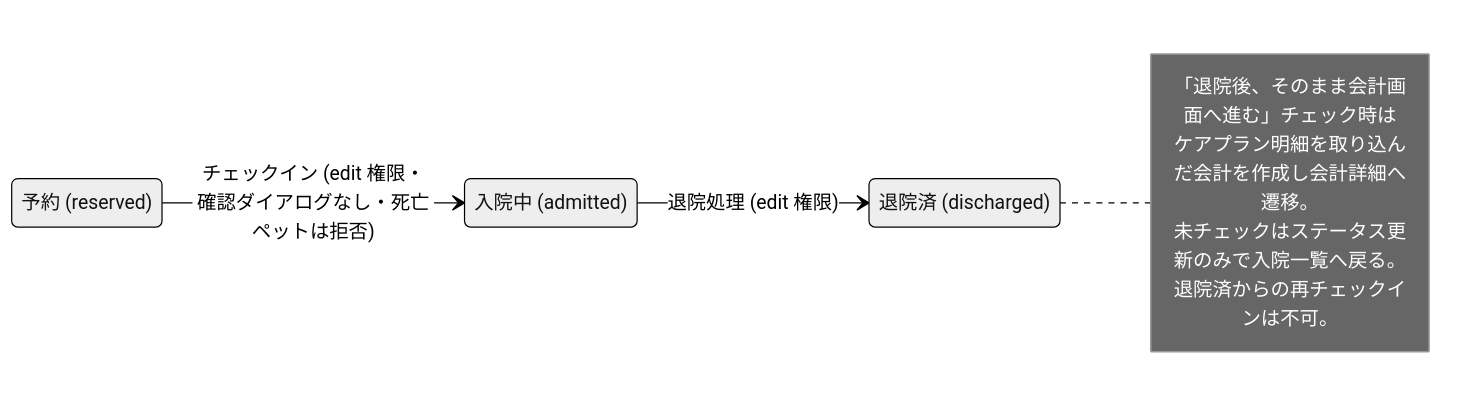
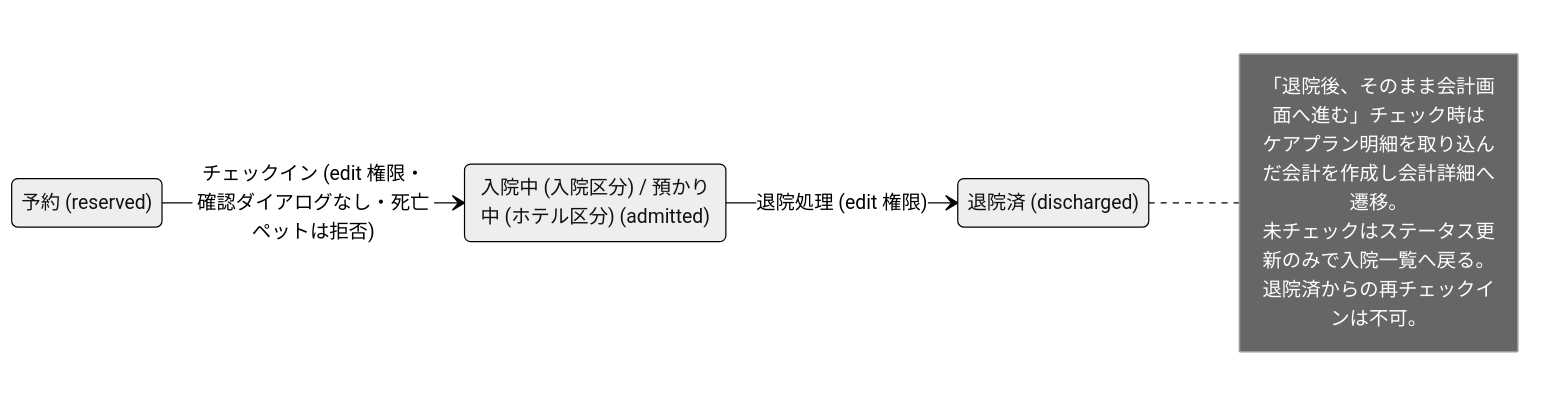
One commit to MinoruSoga/AnimalEkarte changed the diagram in docs/spec/screens/08-hospitalization-detail.md. Above: the diagram before and after it, drawn with Mermaid (neutral theme). The commit also changed other lines of this file and 3 other files, not shown here.

````diff
--- a/docs/spec/screens/08-hospitalization-detail.md
+++ b/docs/spec/screens/08-hospitalization-detail.md
@@ -64,16 +65,16 @@
 ```mermaid
 stateDiagram-v2
     direction LR
     state "予約 (reserved)" as R
-    state "入院中 (admitted)" as A
+    state "入院中 (入院区分) / 預かり中 (ホテル区分) (admitted)" as A
     state "退院済 (discharged)" as D
 
     R --> A : チェックイン (edit 権限・確認ダイアログなし・死亡ペットは拒否)
     A --> D : 退院処理 (edit 権限)
     note right of D
         「退院後、そのまま会計画面へ進む」チェック時は
         ケアプラン明細を取り込んだ会計を作成し会計詳細へ遷移。
         未チェックはステータス更新のみで入院一覧へ戻る。
         退院済からの再チェックインは不可。
     end note
 ```
````
